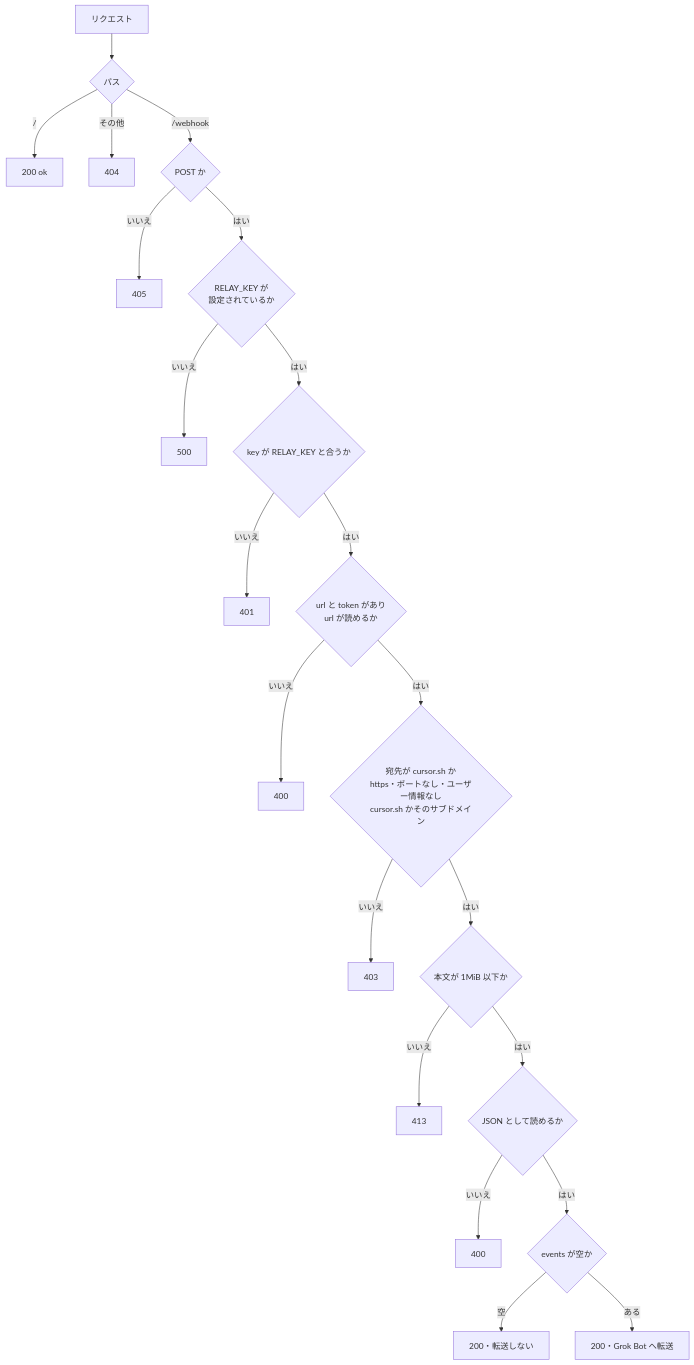
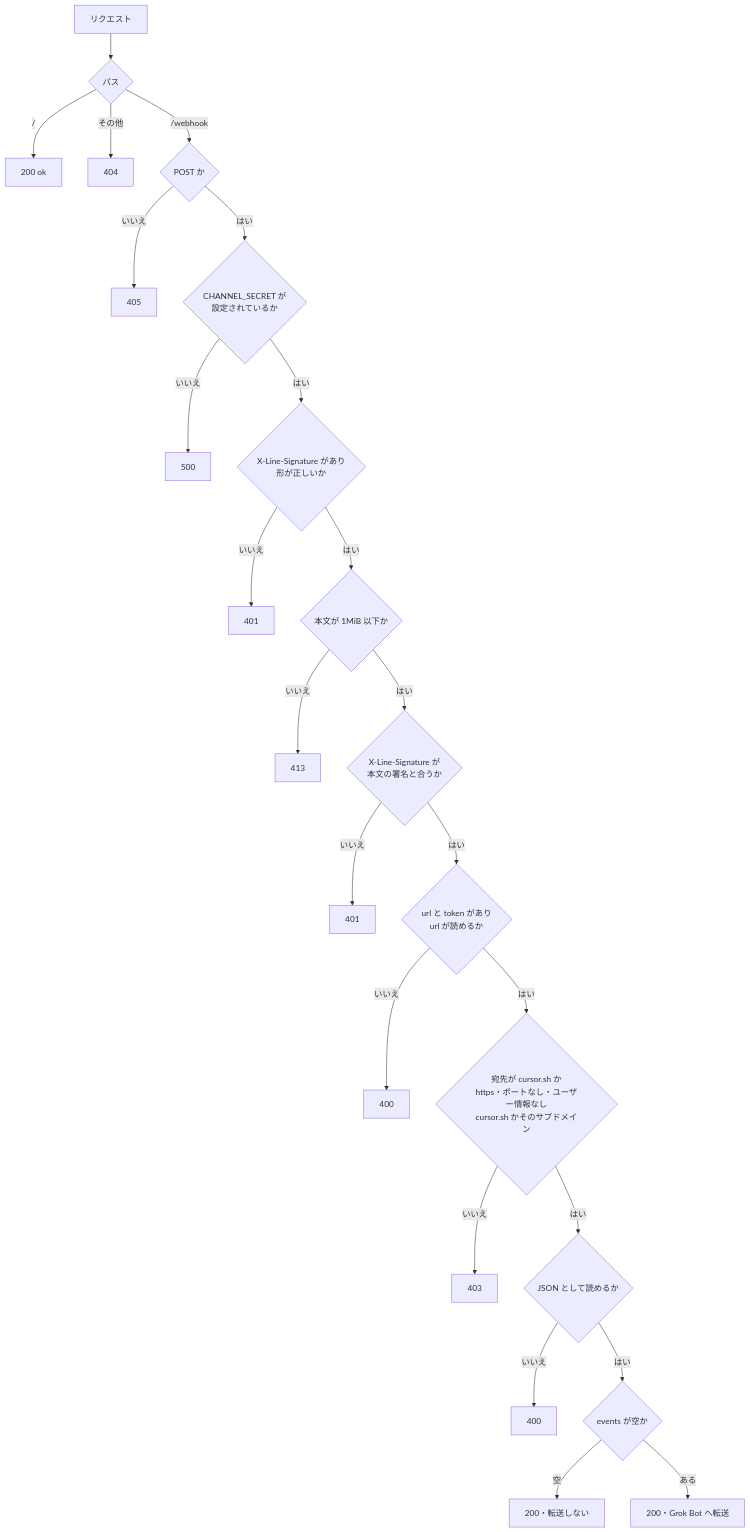
The second of 2 diagrams in README.md (cloud-position/grok-bot-line-relay), drawn with Mermaid before and after one commit. The commit also changed other lines of this file and 9 other files, not shown here.

First line of the commit message:
Verify the LINE signature and drop RELAY_KEY

````diff
--- a/README.md
+++ b/README.md
@@ -145,23 +153,25 @@
 ```mermaid
 flowchart TD
     A[リクエスト] --> B{パス}
     B -- / --> OK[200 ok]
     B -- その他 --> N404[404]
     B -- /webhook --> C{POST か}
     C -- いいえ --> N405[405]
-    C -- はい --> S{RELAY_KEY が<br/>設定されているか}
+    C -- はい --> S{CHANNEL_SECRET が<br/>設定されているか}
     S -- いいえ --> N500[500]
-    S -- はい --> K{key が RELAY_KEY と合うか}
-    K -- いいえ --> N401[401]
+    S -- はい --> P{X-Line-Signature があり<br/>形が正しいか}
+    P -- いいえ --> N401a[401]
+    P -- はい --> F{本文が 1MiB 以下か}
+    F -- いいえ --> N413[413]
+    F -- はい --> K{X-Line-Signature が<br/>本文の署名と合うか}
+    K -- いいえ --> N401b[401]
     K -- はい --> D{url と token があり<br/>url が読めるか}
     D -- いいえ --> N400a[400]
     D -- はい --> E{宛先が cursor.sh か<br/>https・ポートなし・ユーザー情報なし<br/>cursor.sh かそのサブドメイン}
     E -- いいえ --> N403[403]
-    E -- はい --> F{本文が 1MiB 以下か}
-    F -- いいえ --> N413[413]
-    F -- はい --> G{JSON として読めるか}
+    E -- はい --> G{JSON として読めるか}
     G -- いいえ --> N400b[400]
     G -- はい --> H{events が空か}
     H -- 空 --> R200a[200・転送しない]
     H -- ある --> R200b[200・Grok Bot へ転送]
 ```
````
